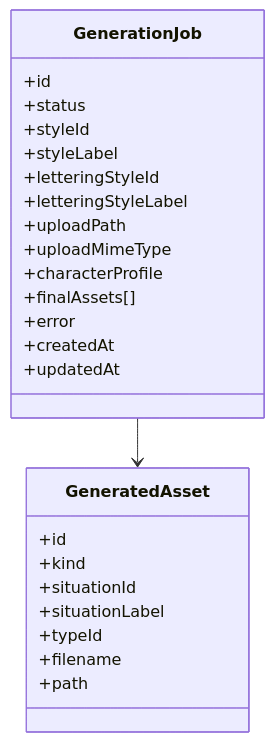
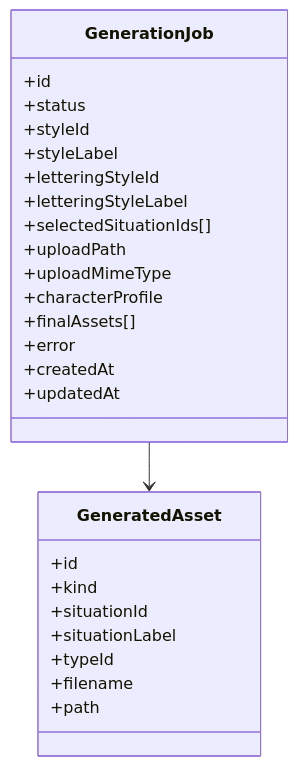
One commit to YOUNGDAE-PARK/imoji changed the second of 3 diagrams in docs/design.md. Above: the diagram before and after it, drawn with Mermaid. The commit also changed other lines of this file and 16 other files, not shown here.

````diff
--- a/docs/design.md
+++ b/docs/design.md
@@ -80,30 +84,31 @@
 ```mermaid
 classDiagram
     class GenerationJob {
       +id
       +status
       +styleId
       +styleLabel
       +letteringStyleId
       +letteringStyleLabel
+      +selectedSituationIds[]
       +uploadPath
       +uploadMimeType
       +characterProfile
       +finalAssets[]
       +error
       +createdAt
       +updatedAt
     }
 
     class GeneratedAsset {
       +id
       +kind
       +situationId
       +situationLabel
       +typeId
       +filename
       +path
     }
 
     GenerationJob --> GeneratedAsset
 ```
````
